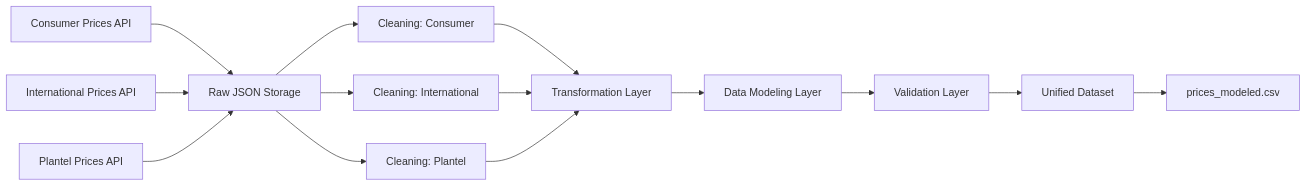
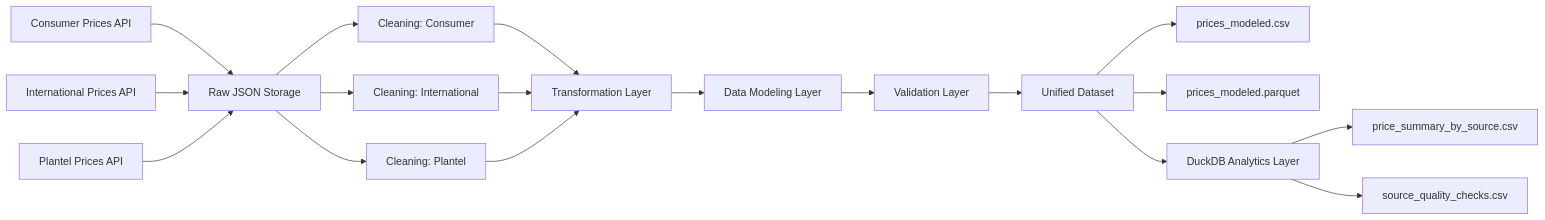
Before and after one commit to josuesoto-a/Recope-fuel-data-pipeline: the diagram in README.md, drawn with Mermaid. The commit also changed other lines of this file, not shown here.

Commit message:
Document final analytics pipeline flow

````diff
--- a/README.md
+++ b/README.md
@@ -13,22 +13,28 @@
 ```mermaid
 flowchart LR
 
 A1[Consumer Prices API] --> B[Raw JSON Storage]
 A2[International Prices API] --> B
 A3[Plantel Prices API] --> B
 
 B --> C1[Cleaning: Consumer]
 B --> C2[Cleaning: International]
 B --> C3[Cleaning: Plantel]
 
 C1 --> D[Transformation Layer]
 C2 --> D
 C3 --> D
 
 D --> E[Data Modeling Layer]
 
 E --> F[Validation Layer]
 
 F --> G[Unified Dataset]
+
 G --> H[prices_modeled.csv]
+G --> I[prices_modeled.parquet]
+G --> J[DuckDB Analytics Layer]
+
+J --> K[price_summary_by_source.csv]
+J --> L[source_quality_checks.csv]
 ```
````
